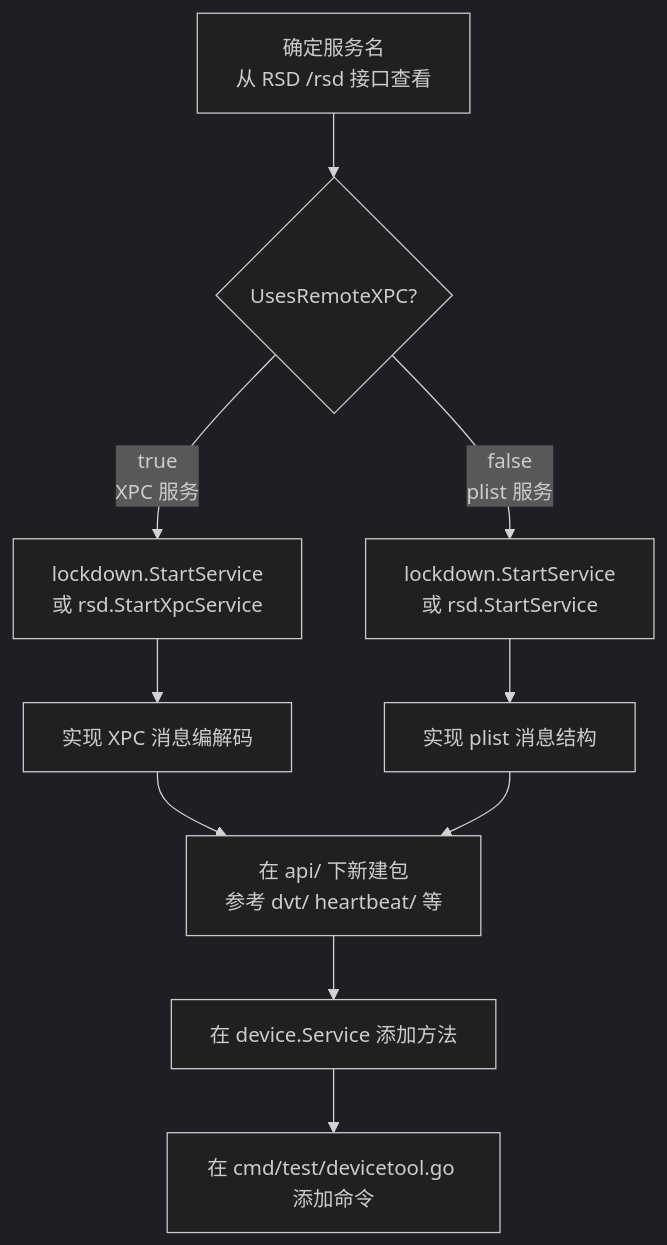
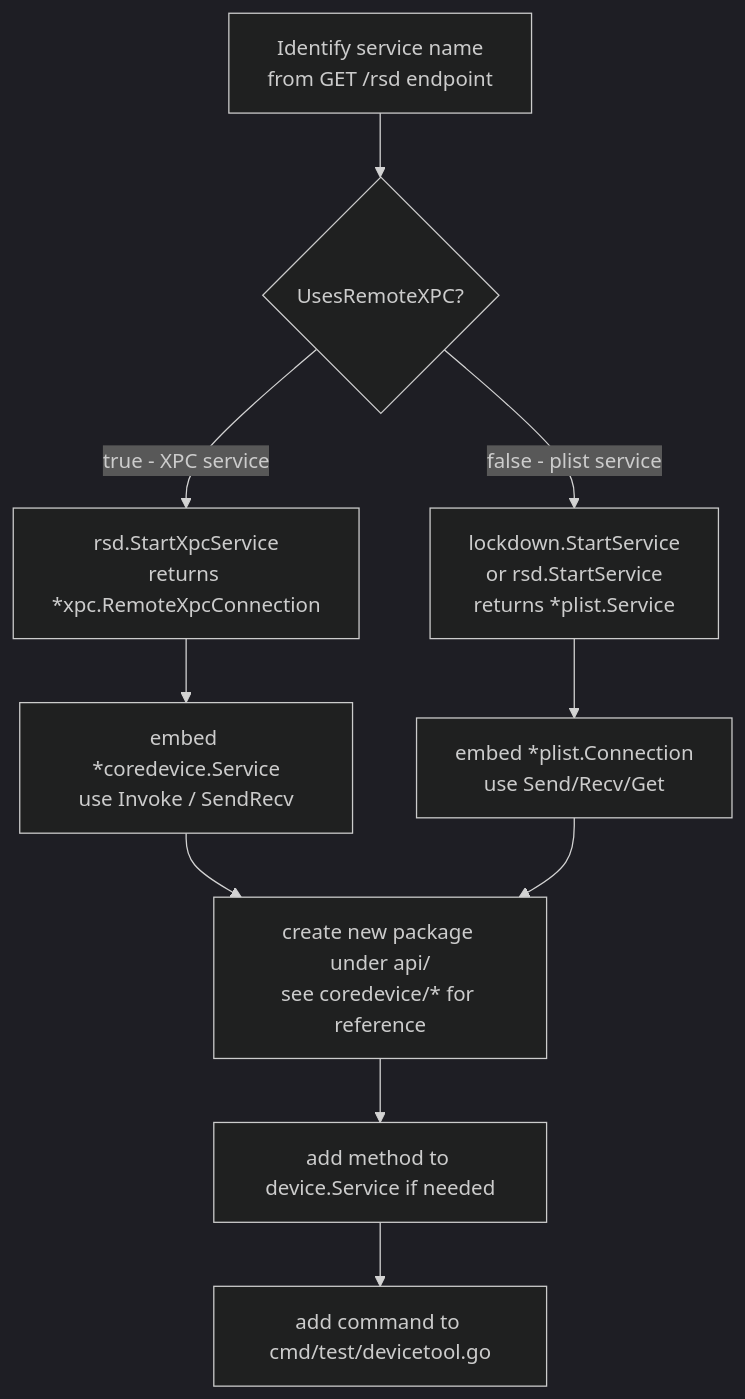
One commit to larryhou/ix changed the second of 3 diagrams in .opencode/skills/dev/SKILL.md. Above: the diagram before and after it, drawn with Mermaid (dark theme). The commit also changed other lines of this file, not shown here.

Commit message:
dev skill: update with all 19 new services, h2c/tunneld design, full directory reference

````diff
--- a/.opencode/skills/dev/SKILL.md
+++ b/.opencode/skills/dev/SKILL.md
@@ -180,12 +281,12 @@
 ```mermaid
 flowchart TD
-    A[确定服务名\n从 RSD /rsd 接口查看] --> B{UsesRemoteXPC?}
-    B -->|true\nXPC 服务| C[lockdown.StartService\n或 rsd.StartXpcService]
-    B -->|false\nplist 服务| D[lockdown.StartService\n或 rsd.StartService]
-    C --> E[实现 XPC 消息编解码]
-    D --> F[实现 plist 消息结构]
-    E --> G[在 api/ 下新建包\n参考 dvt/ heartbeat/ 等]
+    A[Identify service name\nfrom GET /rsd endpoint] --> B{UsesRemoteXPC?}
+    B -->|true - XPC service| C[rsd.StartXpcService\nreturns *xpc.RemoteXpcConnection]
+    B -->|false - plist service| D[lockdown.StartService\nor rsd.StartService\nreturns *plist.Service]
+    C --> E[embed *coredevice.Service\nuse Invoke / SendRecv]
+    D --> F[embed *plist.Connection\nuse Send/Recv/Get]
+    E --> G[create new package under api/\nsee coredevice/* for reference]
     F --> G
-    G --> H[在 device.Service 添加方法]
-    H --> I[在 cmd/test/devicetool.go 添加命令]
+    G --> H[add method to device.Service if needed]
+    H --> I[add command to cmd/test/devicetool.go]
 ```
````
